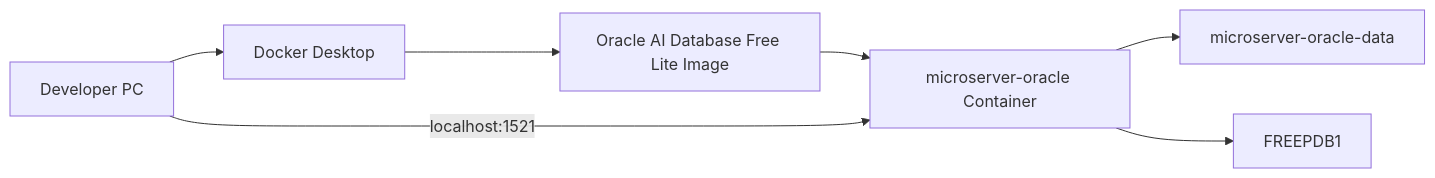
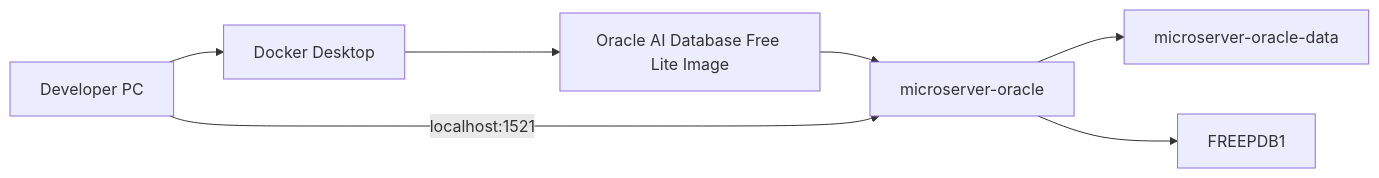
Before and after one commit to Team-Microserver/microserver-docs: the diagram in docs/02_development_environment/03_macos/07_oracle/oracle_database_free_setup.md, drawn with Mermaid. The commit also changed other lines of this file and 17 other files, not shown here.

````diff
--- a/docs/02_development_environment/03_macos/07_oracle/oracle_database_free_setup.md
+++ b/docs/02_development_environment/03_macos/07_oracle/oracle_database_free_setup.md
@@ -46,11 +31,11 @@
 ```mermaid
 flowchart LR
     HOST["Developer PC"]
     --> DD["Docker Desktop"]
     --> IMG["Oracle AI Database Free Lite Image"]
-    --> DB["microserver-oracle Container"]
+    --> DB["microserver-oracle"]
 
     DB --> VOL["microserver-oracle-data"]
     HOST -->|"localhost:1521"| DB
     DB --> PDB["FREEPDB1"]
 ```
````
